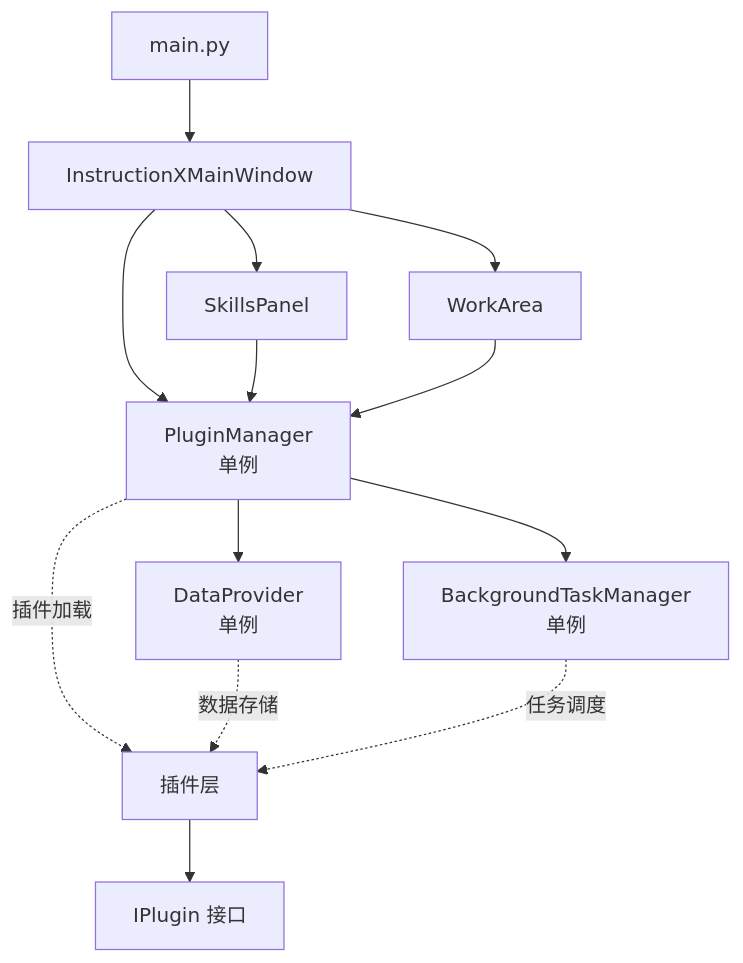
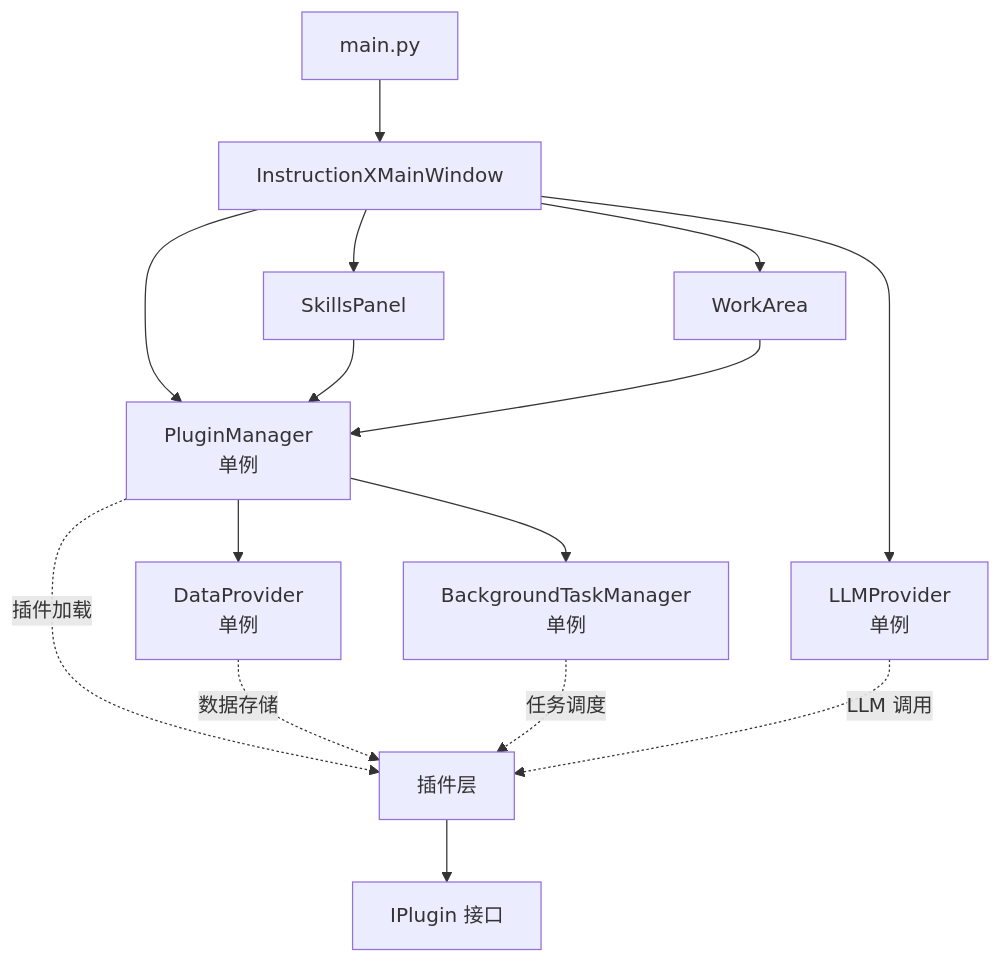
Before and after one commit to KKPIP-Tech/InstructionX: the fifth of 5 diagrams in docs/architecture/module-dependencies.md, drawn with Mermaid. The commit also changed other lines of this file and 21 other files, not shown here.

````diff
--- a/docs/architecture/module-dependencies.md
+++ b/docs/architecture/module-dependencies.md
@@ -253,20 +256,22 @@
 ```mermaid
 graph TD
     MAIN[main.py] --> MW[InstructionXMainWindow]
 
     MW --> SP[SkillsPanel]
     MW --> WA[WorkArea]
     MW --> PM[PluginManager<br/>单例]
+    MW --> LLM[LLMProvider<br/>单例]
 
     PM --> DP[DataProvider<br/>单例]
     PM --> BTM[BackgroundTaskManager<br/>单例]
 
     SP --> PM
     WA --> PM
 
     PM -.->|插件加载| PL[插件层]
     DP -.->|数据存储| PL
     BTM -.->|任务调度| PL
+    LLM -.->|LLM 调用| PL
 
     PL --> IPlugin[IPlugin 接口]
 ```
````
